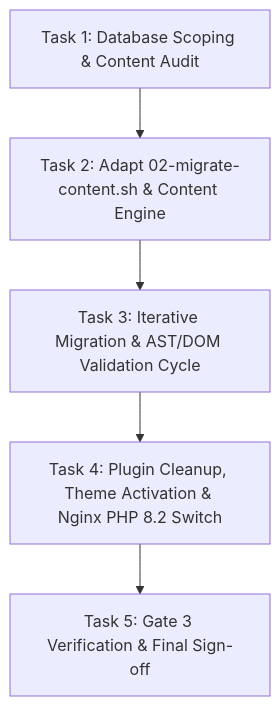
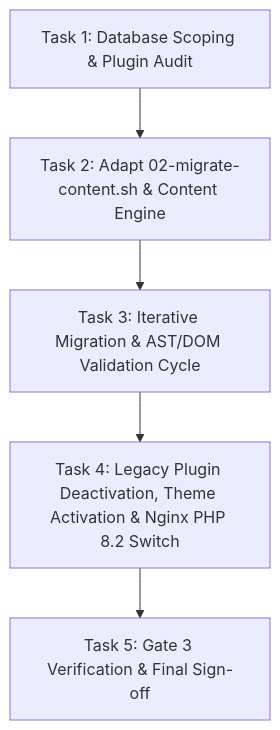
One commit to alexseif/ekkairo-flagship changed the diagram in ai-work/tasks/ekkairo-flagship-phase3-content-migration-gutenberg-conversion-plan.md. Above: the diagram before and after it, drawn with Mermaid. The commit also changed other lines of this file and 1 other file, not shown here.

Commit message:
docs(plan): add explicit Plugin Audit & Disregard Matrix to Phase 3 plan

````diff
--- a/ai-work/tasks/ekkairo-flagship-phase3-content-migration-gutenberg-conversion-plan.md
+++ b/ai-work/tasks/ekkairo-flagship-phase3-content-migration-gutenberg-conversion-plan.md
@@ -79,7 +121,7 @@
 ```mermaid
 graph TD
-    T1[Task 1: Database Scoping & Content Audit] --> T2[Task 2: Adapt 02-migrate-content.sh & Content Engine]
+    T1[Task 1: Database Scoping & Plugin Audit] --> T2[Task 2: Adapt 02-migrate-content.sh & Content Engine]
     T2 --> T3[Task 3: Iterative Migration & AST/DOM Validation Cycle]
-    T3 --> T4[Task 4: Plugin Cleanup, Theme Activation & Nginx PHP 8.2 Switch]
+    T3 --> T4[Task 4: Legacy Plugin Deactivation, Theme Activation & Nginx PHP 8.2 Switch]
     T4 --> T5[Task 5: Gate 3 Verification & Final Sign-off]
 ```
````
